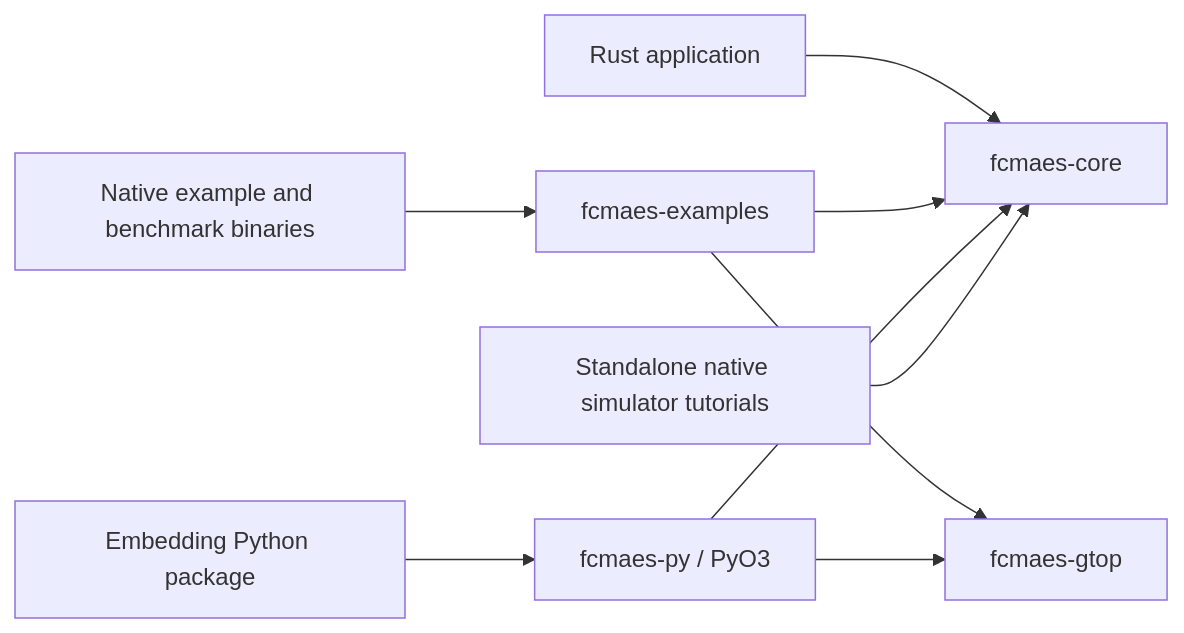
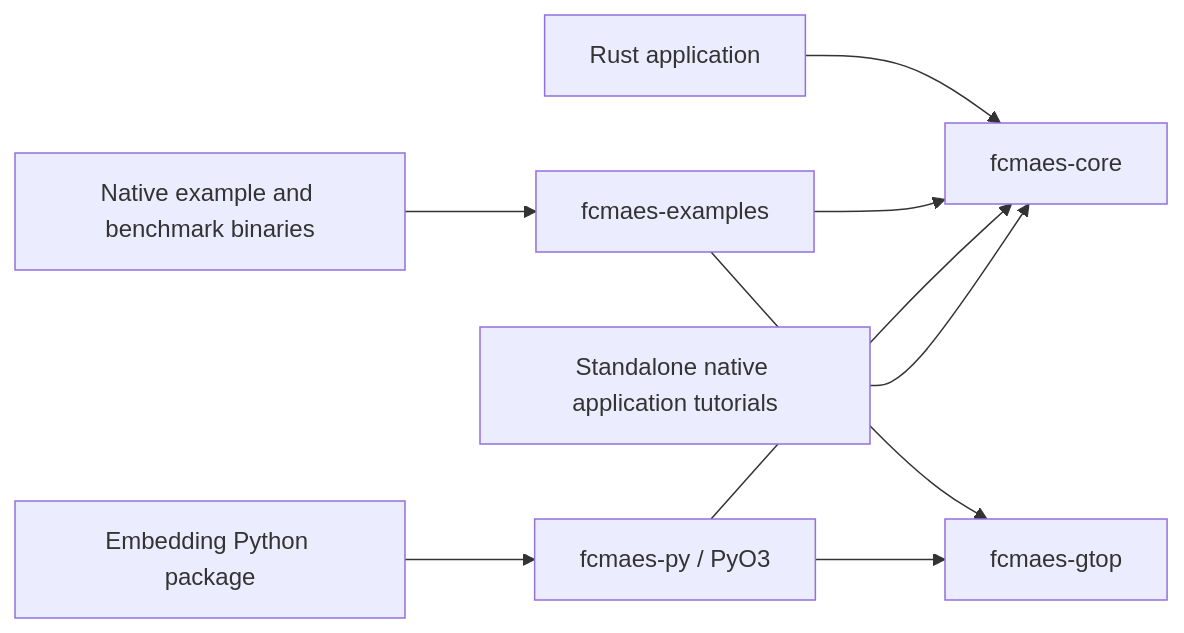
The diagram in docs/architecture.md (dietmarwo/fcmaes-rust), drawn with Mermaid before and after one commit. The commit also changed other lines of this file and 118 other files, not shown here.

````diff
--- a/docs/architecture.md
+++ b/docs/architecture.md
@@ -10,11 +10,11 @@
 ```mermaid
 flowchart LR
     R[Rust application] --> C[fcmaes-core]
     E[Native example and benchmark binaries] --> X[fcmaes-examples]
     X --> C
     X --> G[fcmaes-gtop]
     P[Embedding Python package] --> B[fcmaes-py / PyO3]
     B --> C
     B --> G
-    T[Standalone native simulator tutorials] --> C
+    T[Standalone native application tutorials] --> C
 ```
````
